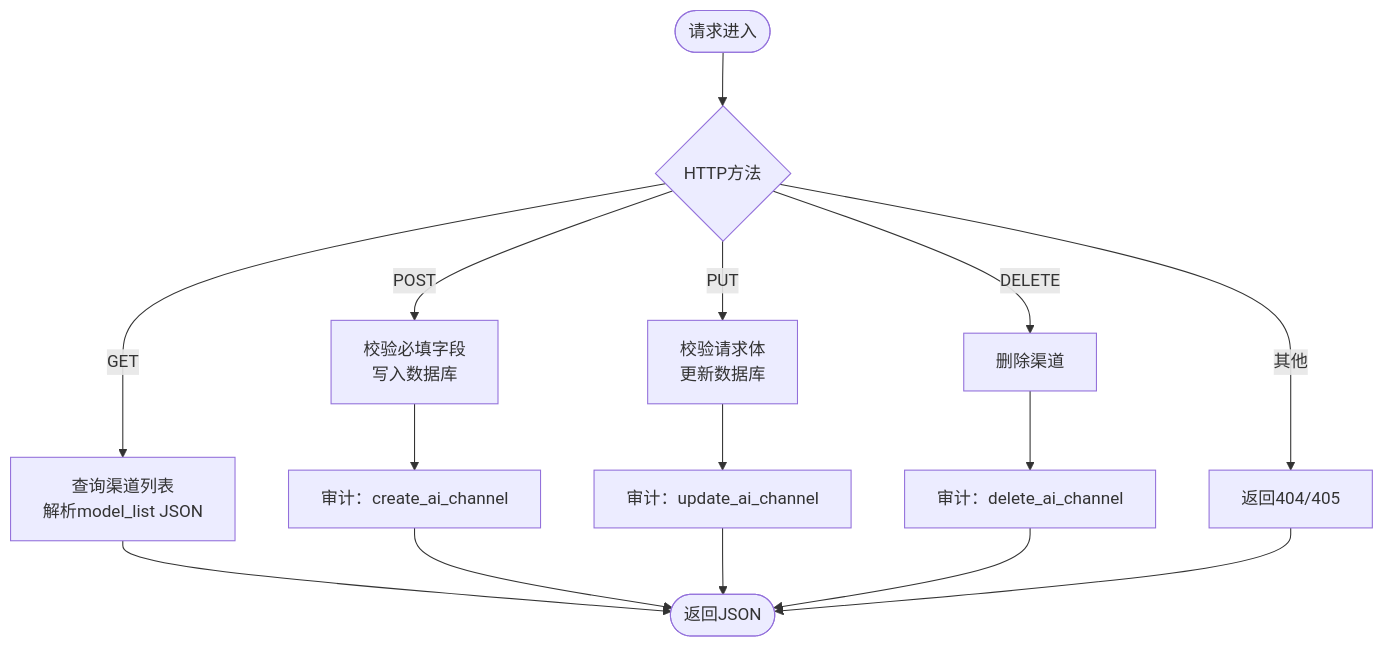
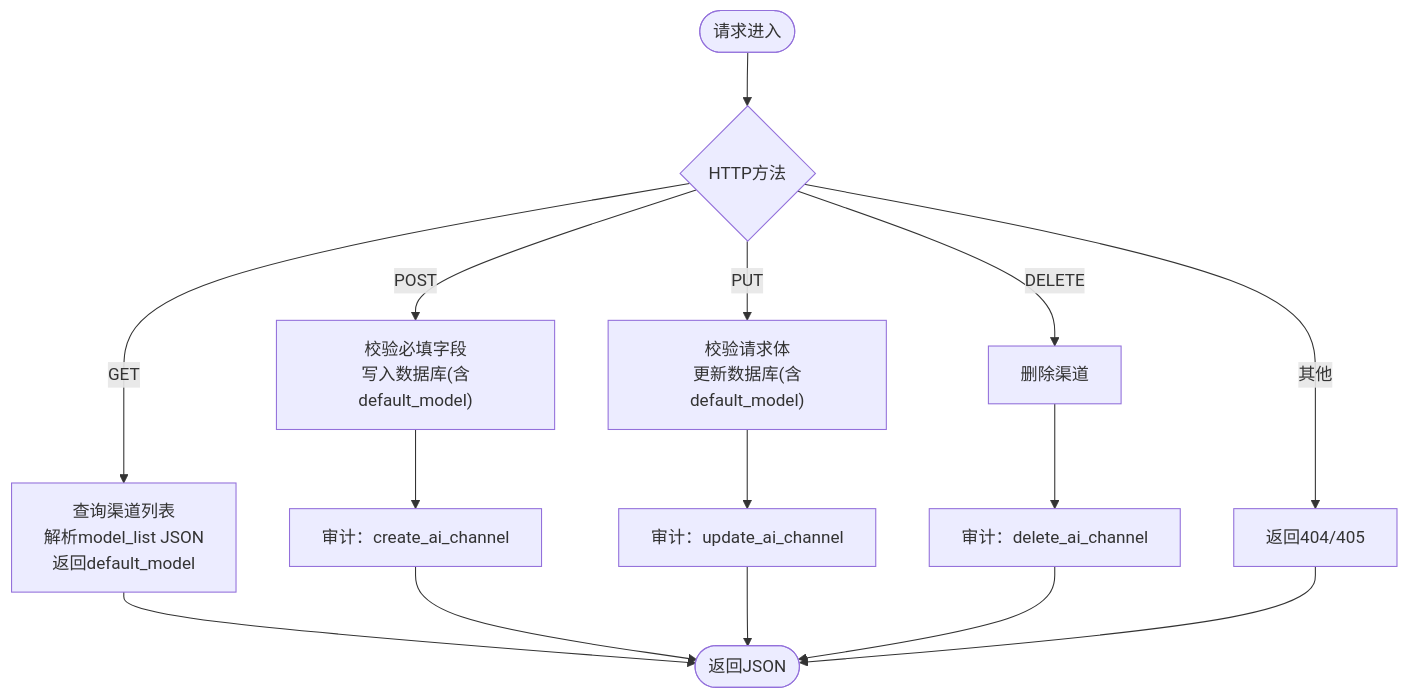
Before and after one commit to hx631580609-web/zsts-cms: the third of 8 diagrams in .qoder/repowiki/zh/content/后端服务架构/API接口文档/AI渠道配置接口.md, drawn with Mermaid. The commit also changed other lines of this file and 5 other files, not shown here.

````diff
--- a/.qoder/repowiki/zh/content/后端服务架构/API接口文档/AI渠道配置接口.md
+++ b/.qoder/repowiki/zh/content/后端服务架构/API接口文档/AI渠道配置接口.md
@@ -169,17 +196,17 @@
 ```mermaid
 flowchart TD
 Start(["请求进入"]) --> Method{"HTTP方法"}
-Method --> |GET| List["查询渠道列表<br/>解析model_list JSON"]
-Method --> |POST| Create["校验必填字段<br/>写入数据库"]
-Method --> |PUT| Update["校验请求体<br/>更新数据库"]
+Method --> |GET| List["查询渠道列表<br/>解析model_list JSON<br/>返回default_model"]
+Method --> |POST| Create["校验必填字段<br/>写入数据库(含default_model)"]
+Method --> |PUT| Update["校验请求体<br/>更新数据库(含default_model)"]
 Method --> |DELETE| Delete["删除渠道"]
 Method --> |其他| Err["返回404/405"]
 Create --> AuditC["审计：create_ai_channel"]
 Update --> AuditU["审计：update_ai_channel"]
 Delete --> AuditD["审计：delete_ai_channel"]
 List --> End(["返回JSON"])
 AuditC --> End
 AuditU --> End
 AuditD --> End
 Err --> End
 ```
````
